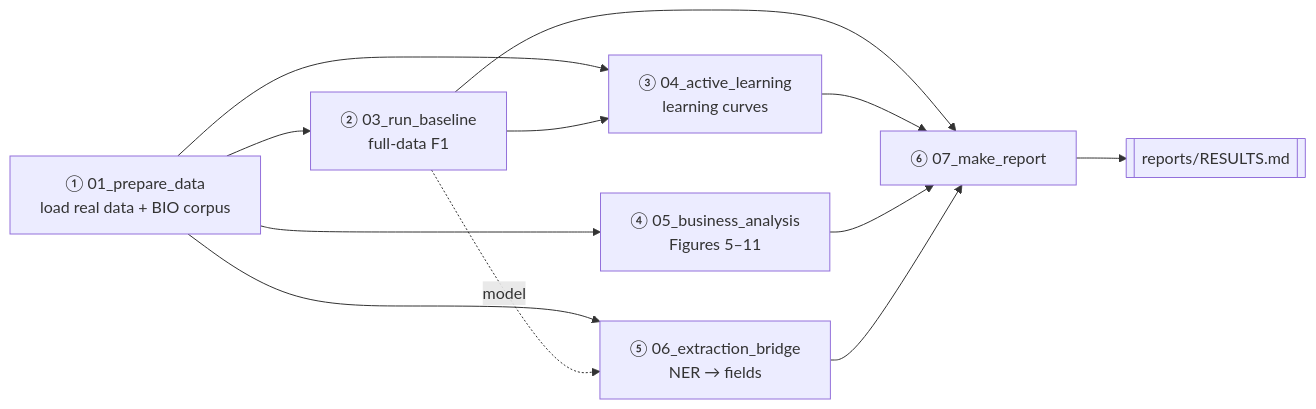
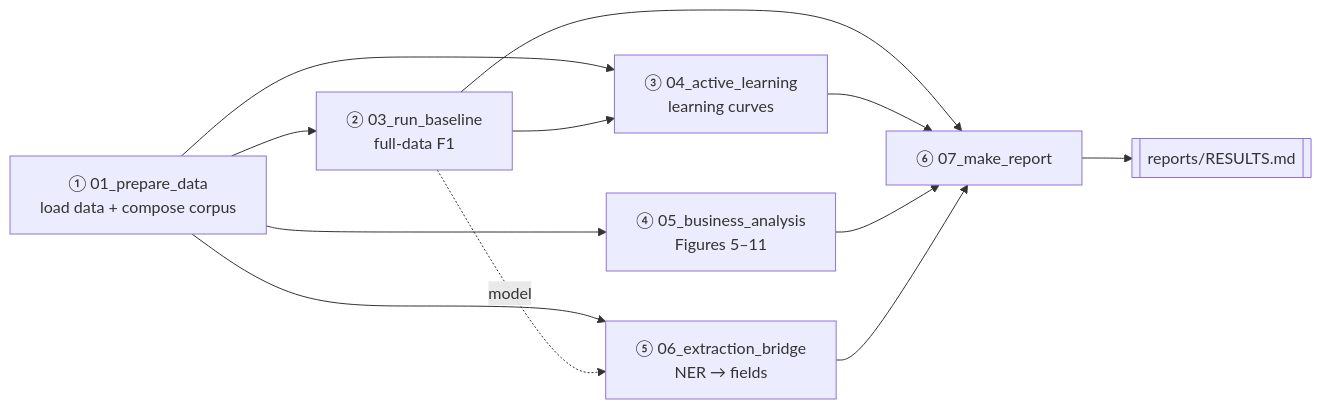
One commit to ismatsamadov/active_learning changed the third of 5 diagrams in README.md. Above: the diagram before and after it, drawn with Mermaid. The commit also changed other lines of this file and 5 other files, not shown here.

````diff
--- a/README.md
+++ b/README.md
@@ -171,14 +183,14 @@
 ```mermaid
 flowchart LR
-    S01["① 01_prepare_data<br/>load real data + BIO corpus"] --> S03["② 03_run_baseline<br/>full-data F1"]
+    S01["① 01_prepare_data<br/>load data + compose corpus"] --> S03["② 03_run_baseline<br/>full-data F1"]
     S01 --> S04["③ 04_active_learning<br/>learning curves"]
     S03 --> S04
     S01 --> S05["④ 05_business_analysis<br/>Figures 5–11"]
     S01 --> S06["⑤ 06_extraction_bridge<br/>NER → fields"]
     S03 -. model .-> S06
     S03 --> S07["⑥ 07_make_report"]
     S04 --> S07
     S05 --> S07
     S06 --> S07
     S07 --> R[["reports/RESULTS.md"]]
 ```
````
